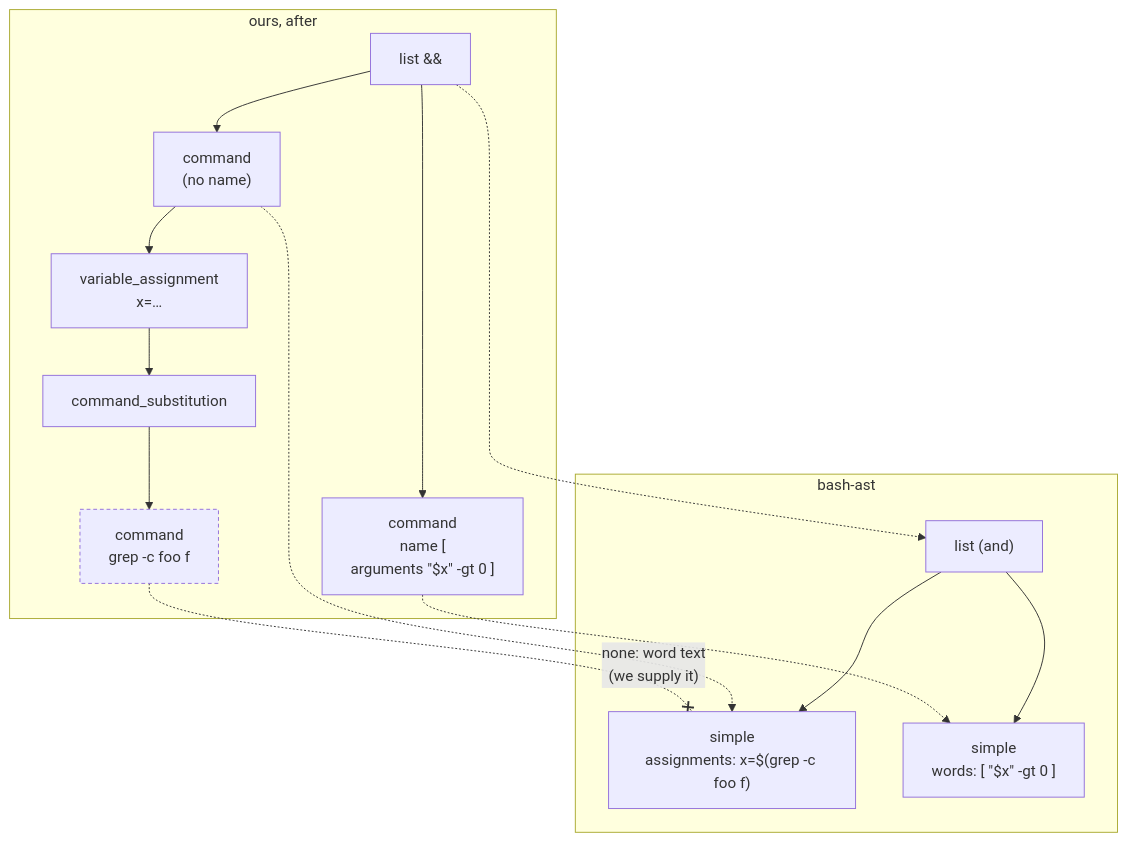
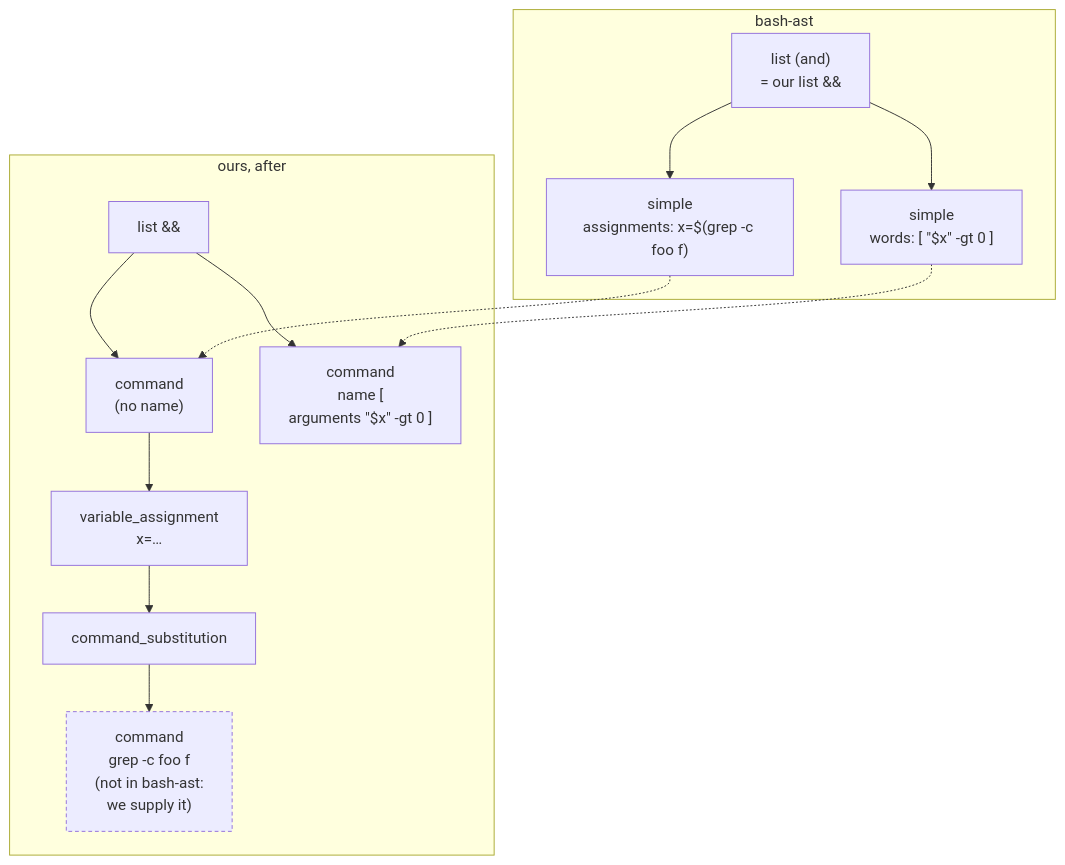
Before and after one commit to sf624/bash-explainer: the second of 3 diagrams in docs/design/syntax-tree.md, drawn with Mermaid. The commit also changed other lines of this file, not shown here.

First line of the commit message:
Design of command nodes: fixes from the review, and diagrams without crossing links

````diff
--- a/docs/design/syntax-tree.md
+++ b/docs/design/syntax-tree.md
@@ -215,20 +215,18 @@
 ```mermaid
 flowchart TB
+  subgraph bash["bash-ast"]
+    A1["list (and)<br/>= our list #amp;#amp;"] --> A2["simple<br/>assignments: x=$(grep -c foo f)"]
+    A1 --> A3["simple<br/>words: [ #quot;$x#quot; -gt 0 ]"]
+  end
   subgraph after["ours, after"]
     C1["list #amp;#amp;"] --> C2["command<br/>(no name)"]
     C2 --> C3["variable_assignment<br/>x=…"]
     C3 --> C4["command_substitution"]
-    C4 --> C5["command<br/>grep -c foo f"]
+    C4 --> C5["command<br/>grep -c foo f<br/>(not in bash-ast:<br/>we supply it)"]
     C1 --> C6["command<br/>name [<br/>arguments #quot;$x#quot; -gt 0 ]"]
   end
-  subgraph bash["bash-ast"]
-    A1["list (and)"] --> A2["simple<br/>assignments: x=$(grep -c foo f)"]
-    A1 --> A3["simple<br/>words: [ #quot;$x#quot; -gt 0 ]"]
-  end
-  C1 -.-> A1
-  C2 -.-> A2
-  C6 -.-> A3
-  C5 -. "none: word text<br/>(we supply it)" .-x A2
+  A2 -.-> C2
+  A3 -.-> C6
   classDef supplied stroke-dasharray:4 3
   class C5 supplied
 ```
````
